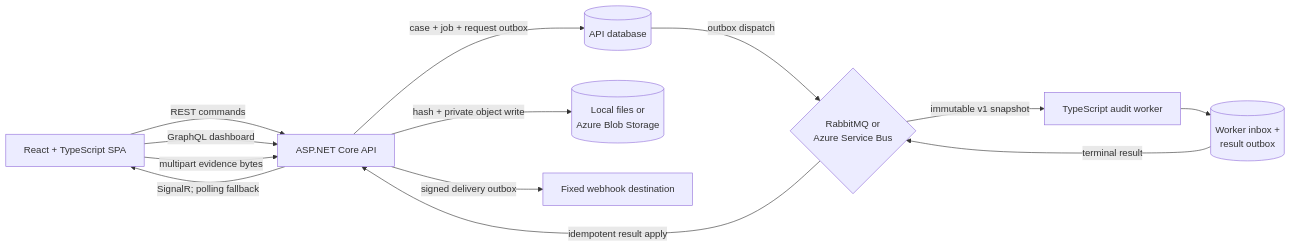
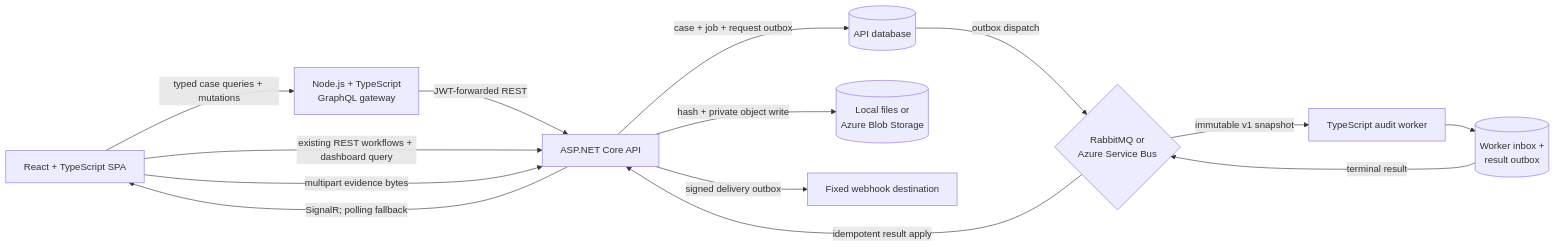
One commit to MarvelousJade/CaseLedger changed the diagram in README.md. Above: the diagram before and after it, drawn with Mermaid. The commit also changed other lines of this file and 2 other files, not shown here.

Commit message:
Document GraphQL gateway workflow

````diff
--- a/README.md
+++ b/README.md
@@ -95,24 +97,26 @@
 ```mermaid
 flowchart LR
     Browser[React + TypeScript SPA]
+    Gateway[Node.js + TypeScript<br/>GraphQL gateway]
     API[ASP.NET Core API]
     Data[(API database)]
     Evidence[(Local files or<br/>Azure Blob Storage)]
     Broker{RabbitMQ or<br/>Azure Service Bus}
     Worker[TypeScript audit worker]
     WorkerData[(Worker inbox +<br/>result outbox)]
     Webhook[Fixed webhook destination]
 
-    Browser -->|REST commands| API
-    Browser -->|GraphQL dashboard| API
+    Browser -->|typed case queries + mutations| Gateway
+    Gateway -->|JWT-forwarded REST| API
+    Browser -->|existing REST workflows + dashboard query| API
     Browser -->|multipart evidence bytes| API
     API -->|hash + private object write| Evidence
     API -->|case + job + request outbox| Data
     Data -->|outbox dispatch| Broker
     Broker -->|immutable v1 snapshot| Worker
     Worker --> WorkerData
     WorkerData -->|terminal result| Broker
     Broker -->|idempotent result apply| API
     API -->|SignalR; polling fallback| Browser
     API -->|signed delivery outbox| Webhook
 ```
````
